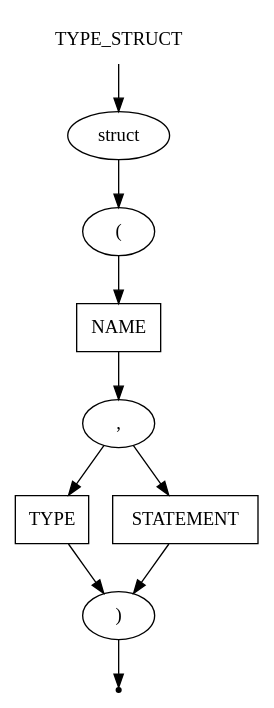
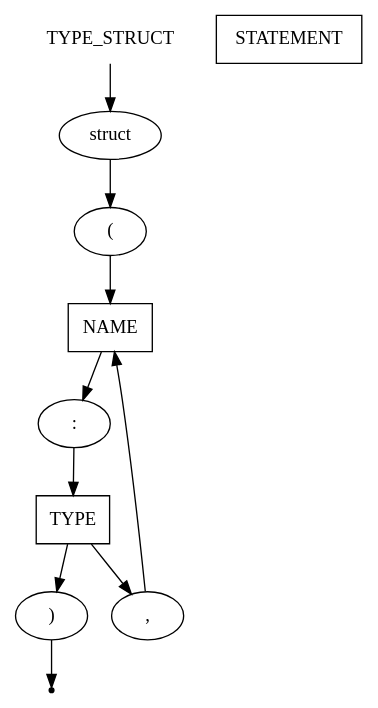
One commit to mshnschnko/ProMa changed the diagram in src/CodeParser/grammar/type_struct.gv. Above: the diagram before and after it, drawn with Graphviz. The commit also changed 16 other files, not shown here.

```diff
--- a/src/CodeParser/grammar/type_struct.gv
+++ b/src/CodeParser/grammar/type_struct.gv
@@ -1,21 +1,22 @@
 digraph TYPE_STRUCT{
     start [label=TYPE_STRUCT shape=plaintext]
     struct [label=struct shape=oval]
     open [label="(" shape=oval]
     name [label=NAME shape=box]
     type [label=TYPE shape=box]
     statement [label=STATEMENT shape=box]
     close [label=")" shape=oval]
     comma [label="," shape=oval]
+    colon [label=":" shape=oval]
     end [label="" shape=point]
 
     start -> struct
     struct -> open
     open -> name
-    name -> comma
-    comma -> type
-    comma -> statement
+    name -> colon
+    colon -> type
+    type -> comma
+    comma -> name
     type -> close
-    statement -> close
     close -> end
 }
```
